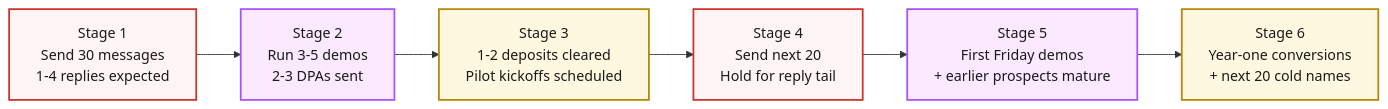
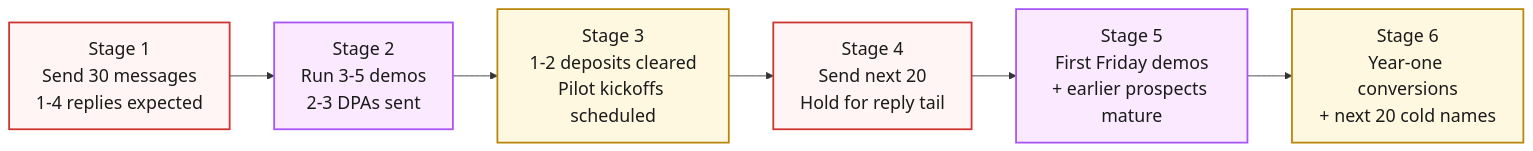
Before and after one commit to jetthoughts/jetthoughts.github.io: the diagram in content/course/tech-for-non-technical-founders-2026/outbound-without-sales-team/index.md, drawn with Mermaid.

Commit message:
fix(course): 5.7 cadence mermaid - bump diagram fontSize for the LR layout
Claude-Session: https://claude.ai/code/session_01GYRU9wGepomJo5hSuqtu7V

````diff
--- a/content/course/tech-for-non-technical-founders-2026/outbound-without-sales-team/index.md
+++ b/content/course/tech-for-non-technical-founders-2026/outbound-without-sales-team/index.md
@@ -196,17 +196,17 @@
 ```mermaid
-%%{init: {'theme':'base', 'themeVariables': {'fontFamily':'Caveat, Patrick Hand, cursive', 'primaryColor':'#fff5f5', 'primaryBorderColor':'#cc342d', 'lineColor':'#333', 'primaryTextColor':'#1a1a1a'}}}%%
+%%{init: {'theme':'base', 'themeVariables': {'fontFamily':'Caveat, Patrick Hand, cursive', 'fontSize':'20px', 'primaryColor':'#fff5f5', 'primaryBorderColor':'#cc342d', 'lineColor':'#333', 'primaryTextColor':'#1a1a1a'}}}%%
 flowchart LR
     W1[Stage 1<br/>Send 30 messages<br/>1-4 replies expected]
     W2[Stage 2<br/>Run 3-5 demos<br/>2-3 DPAs sent]
     W3[Stage 3<br/>1-2 deposits cleared<br/>Pilot kickoffs scheduled]
     W4[Stage 4<br/>Send next 20<br/>Hold for reply tail]
     W5[Stage 5<br/>First Friday demos<br/>+ earlier prospects mature]
     W7[Stage 6<br/>Year-one conversions<br/>+ next 20 cold names]
     W1 --> W2 --> W3 --> W4 --> W5 --> W7
     classDef coldweek fill:#fff5f5,stroke:#cc342d,stroke-width:2px;
     classDef warmweek fill:#fbe9ff,stroke:#a855f7,stroke-width:2px;
     classDef conv fill:#fff8e0,stroke:#b8860b,stroke-width:2px;
     class W1,W4 coldweek;
     class W2,W5 warmweek;
     class W3,W7 conv;
 ```
````
